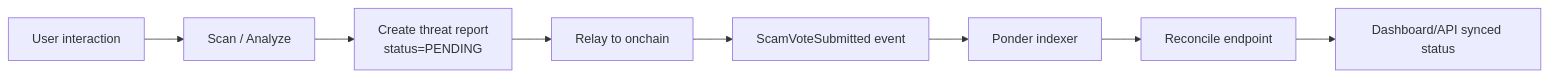
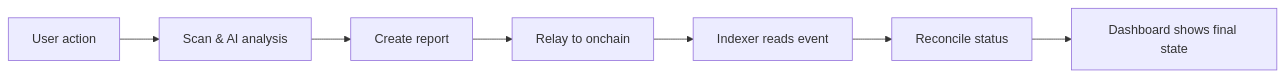
One commit to sifix-ai/sifix-docs changed the first of 2 diagrams in docs/index.md. Above: the diagram before and after it, drawn with Mermaid. The commit also changed other lines of this file, not shown here.

````diff
--- a/docs/index.md
+++ b/docs/index.md
@@ -44,10 +46,9 @@
 ```mermaid
 flowchart LR
-  U[User interaction] --> A[Scan / Analyze]
-  A --> R[Create threat report<br/>status=PENDING]
+  U[User action] --> A[Scan & AI analysis]
+  A --> R[Create report]
   R --> L[Relay to onchain]
-  L --> E[ScamVoteSubmitted event]
-  E --> I[Ponder indexer]
-  I --> C[Reconcile endpoint]
-  C --> D[Dashboard/API synced status]
+  L --> I[Indexer reads event]
+  I --> C[Reconcile status]
+  C --> D[Dashboard shows final state]
 ```
````
